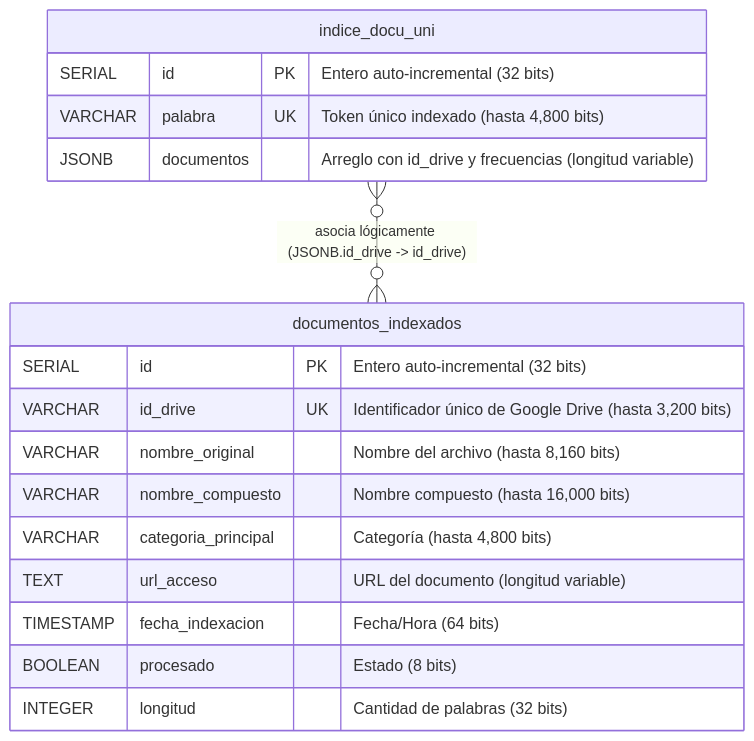
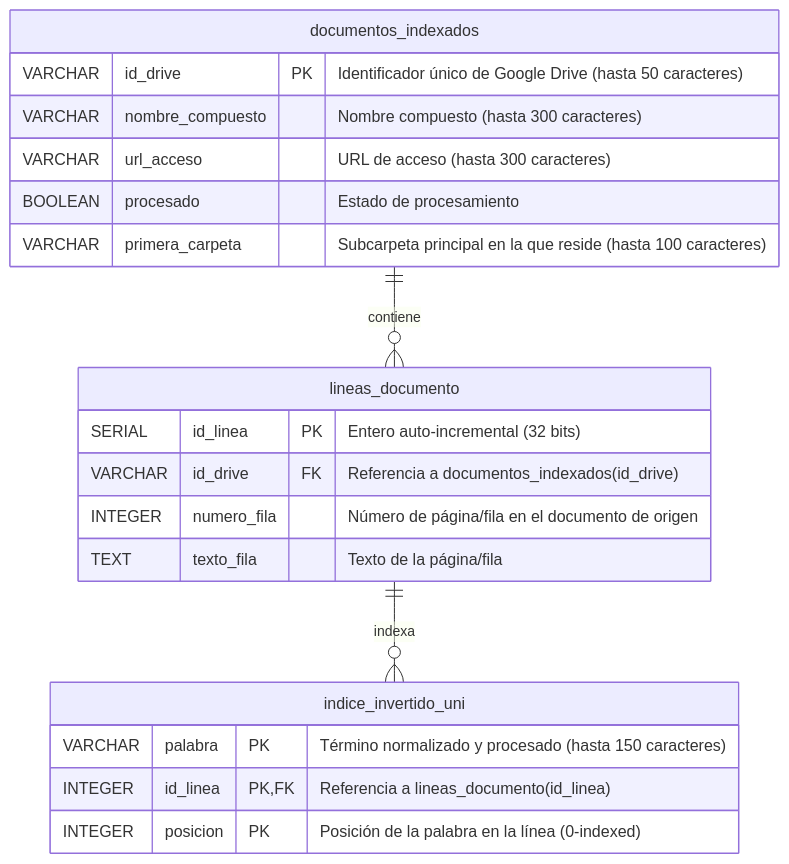
The second of 2 diagrams in README.md (JoseRojas-a11y/DocUNI), drawn with Mermaid before and after one commit. The commit also changed other lines of this file and 3 other files, not shown here.

````diff
--- a/README.md
+++ b/README.md
@@ -248,20 +398,23 @@
 ```mermaid
 erDiagram
     documentos_indexados {
-        SERIAL id PK "Entero auto-incremental (32 bits)"
-        VARCHAR id_drive UK "Identificador único de Google Drive (hasta 3,200 bits)"
-        VARCHAR nombre_original "Nombre del archivo (hasta 8,160 bits)"
-        VARCHAR nombre_compuesto "Nombre compuesto (hasta 16,000 bits)"
-        VARCHAR categoria_principal "Categoría (hasta 4,800 bits)"
-        TEXT url_acceso "URL del documento (longitud variable)"
-        TIMESTAMP fecha_indexacion "Fecha/Hora (64 bits)"
-        BOOLEAN procesado "Estado (8 bits)"
-        INTEGER longitud "Cantidad de palabras (32 bits)"
+        VARCHAR id_drive PK "Identificador único de Google Drive (hasta 50 caracteres)"
+        VARCHAR nombre_compuesto "Nombre compuesto (hasta 300 caracteres)"
+        VARCHAR url_acceso "URL de acceso (hasta 300 caracteres)"
+        BOOLEAN procesado "Estado de procesamiento"
+        VARCHAR primera_carpeta "Subcarpeta principal en la que reside (hasta 100 caracteres)"
     }
-    indice_docu_uni {
-        SERIAL id PK "Entero auto-incremental (32 bits)"
-        VARCHAR palabra UK "Token único indexado (hasta 4,800 bits)"
-        JSONB documentos "Arreglo con id_drive y frecuencias (longitud variable)"
+    lineas_documento {
+        SERIAL id_linea PK "Entero auto-incremental (32 bits)"
+        VARCHAR id_drive FK "Referencia a documentos_indexados(id_drive)"
+        INTEGER numero_fila "Número de página/fila en el documento de origen"
+        TEXT texto_fila "Texto de la página/fila"
     }
-    indice_docu_uni }o--o{ documentos_indexados : "asocia lógicamente (JSONB.id_drive -> id_drive)"
+    indice_invertido_uni {
+        VARCHAR palabra PK "Término normalizado y procesado (hasta 150 caracteres)"
+        INTEGER id_linea PK, FK "Referencia a lineas_documento(id_linea)"
+        INTEGER posicion PK "Posición de la palabra en la línea (0-indexed)"
+    }
+    documentos_indexados ||--o{ lineas_documento : "contiene"
+    lineas_documento ||--o{ indice_invertido_uni : "indexa"
 ```
````
